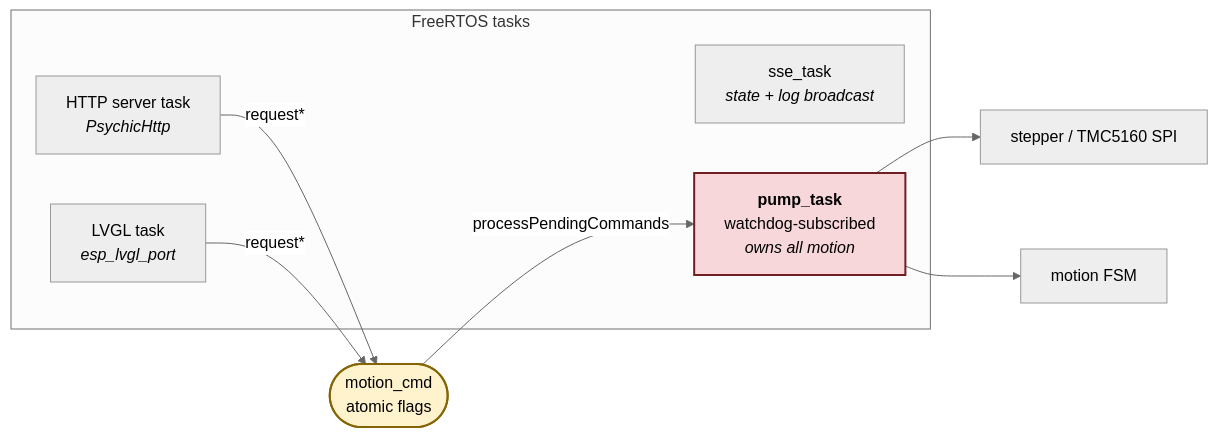
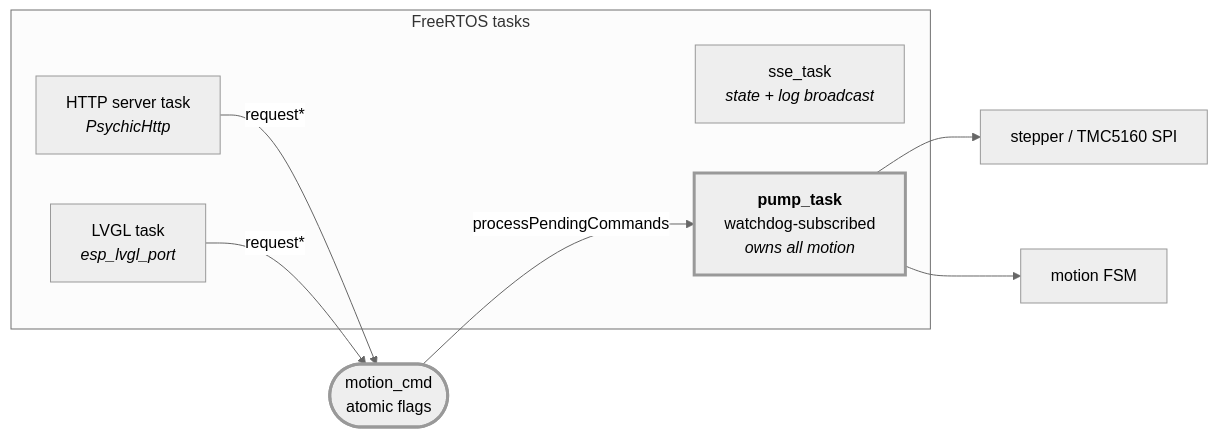
The second of 5 diagrams in docs/ARCHITECTURE.md (jimisola/AutoLee), drawn with Mermaid (neutral theme) before and after one commit. The commit also changed other lines of this file and 3 other files, not shown here.

````diff
--- a/docs/ARCHITECTURE.md
+++ b/docs/ARCHITECTURE.md
@@ -60,18 +60,18 @@
 ```mermaid
 flowchart LR
     subgraph tasks["FreeRTOS tasks"]
         HTTP["HTTP server task<br/><i>PsychicHttp</i>"]
         LVGL["LVGL task<br/><i>esp_lvgl_port</i>"]
         SSE["sse_task<br/><i>state + log broadcast</i>"]
         PUMP["<b>pump_task</b><br/>watchdog-subscribed<br/><i>owns all motion</i>"]
     end
 
     HTTP -->|request*| Q(["motion_cmd<br/>atomic flags"])
     LVGL -->|request*| Q
     Q -->|processPendingCommands| PUMP
     PUMP --> STEP["stepper / TMC5160 SPI"]
     PUMP --> FSM["motion FSM"]
 
-    style PUMP fill:#f8d7da,stroke:#721c24,stroke-width:2px
-    style Q fill:#fff3cd,stroke:#856404,stroke-width:2px
+    style PUMP stroke-width:3px
+    style Q stroke-width:3px
 ```
````
